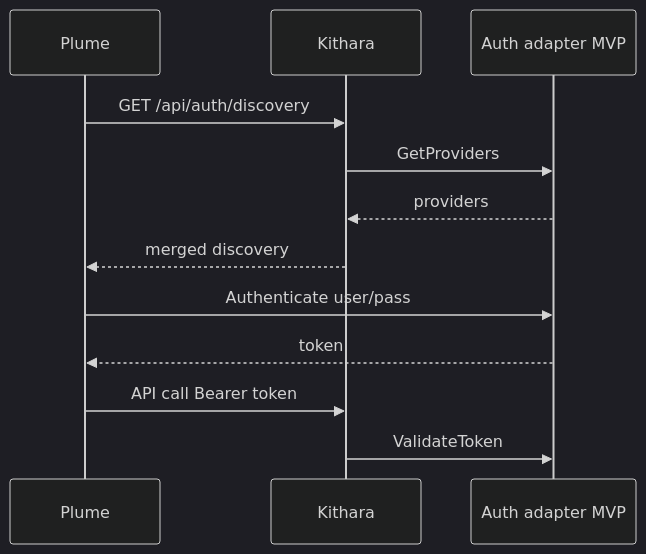
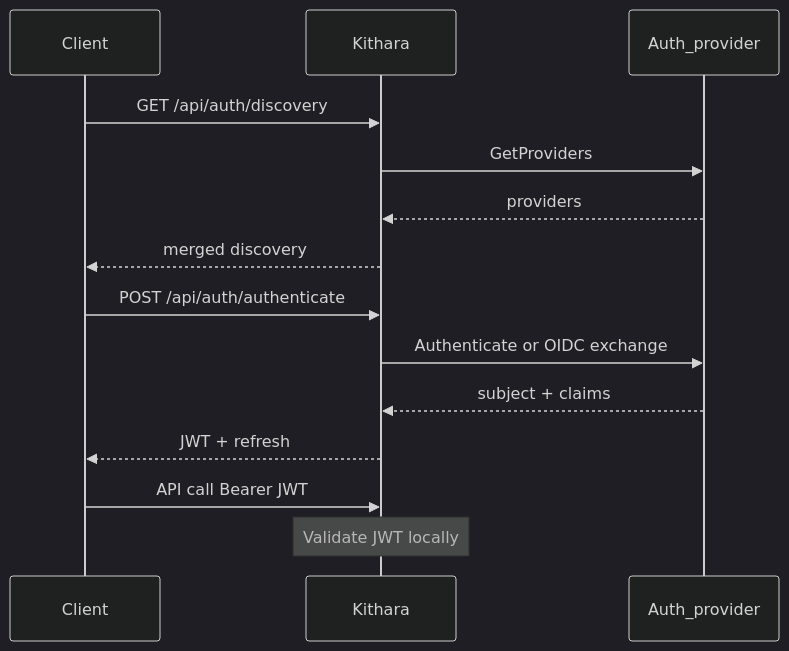
One commit to Bardie-radio/bardie-kithara changed the diagram in docs/architecture/interfaces/auth.md. Above: the diagram before and after it, drawn with Mermaid (dark theme). The commit also changed other lines of this file and 37 other files, not shown here.

Commit message:
Refactor architecture documentation to clarify audio processing and module interactions.

````diff
--- a/docs/architecture/interfaces/auth.md
+++ b/docs/architecture/interfaces/auth.md
@@ -3,15 +5,17 @@
 ```mermaid
 sequenceDiagram
-  participant Plume
+  participant Client
   participant Kithara
-  participant Adapter as Auth adapter MVP
+  participant Provider as Auth_provider
 
-  Plume->>Kithara: GET /api/auth/discovery
-  Kithara->>Adapter: GetProviders
-  Adapter-->>Kithara: providers
-  Kithara-->>Plume: merged discovery
-  Plume->>Adapter: Authenticate user/pass
-  Adapter-->>Plume: token
-  Plume->>Kithara: API call Bearer token
-  Kithara->>Adapter: ValidateToken
+  Client->>Kithara: GET /api/auth/discovery
+  Kithara->>Provider: GetProviders
+  Provider-->>Kithara: providers
+  Kithara-->>Client: merged discovery
+  Client->>Kithara: POST /api/auth/authenticate
+  Kithara->>Provider: Authenticate or OIDC exchange
+  Provider-->>Kithara: subject + claims
+  Kithara-->>Client: JWT + refresh
+  Client->>Kithara: API call Bearer JWT
+  Note over Kithara: Validate JWT locally
 ```
````
